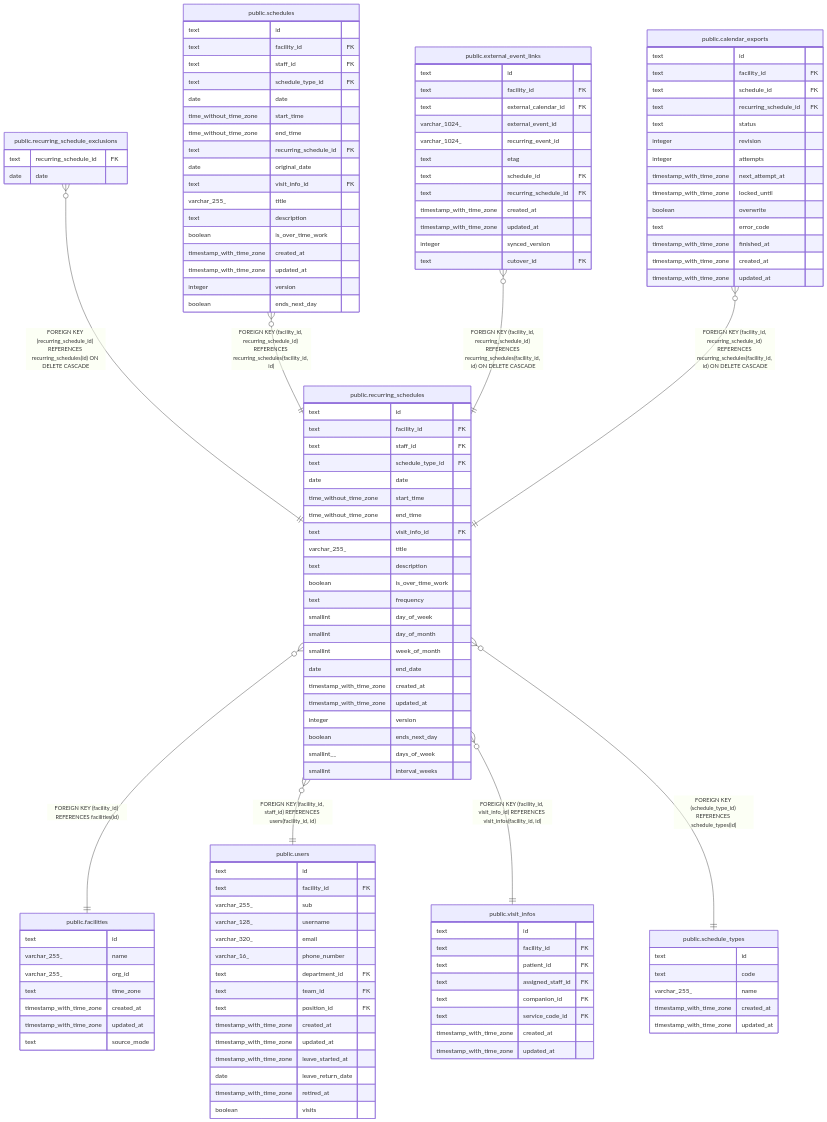
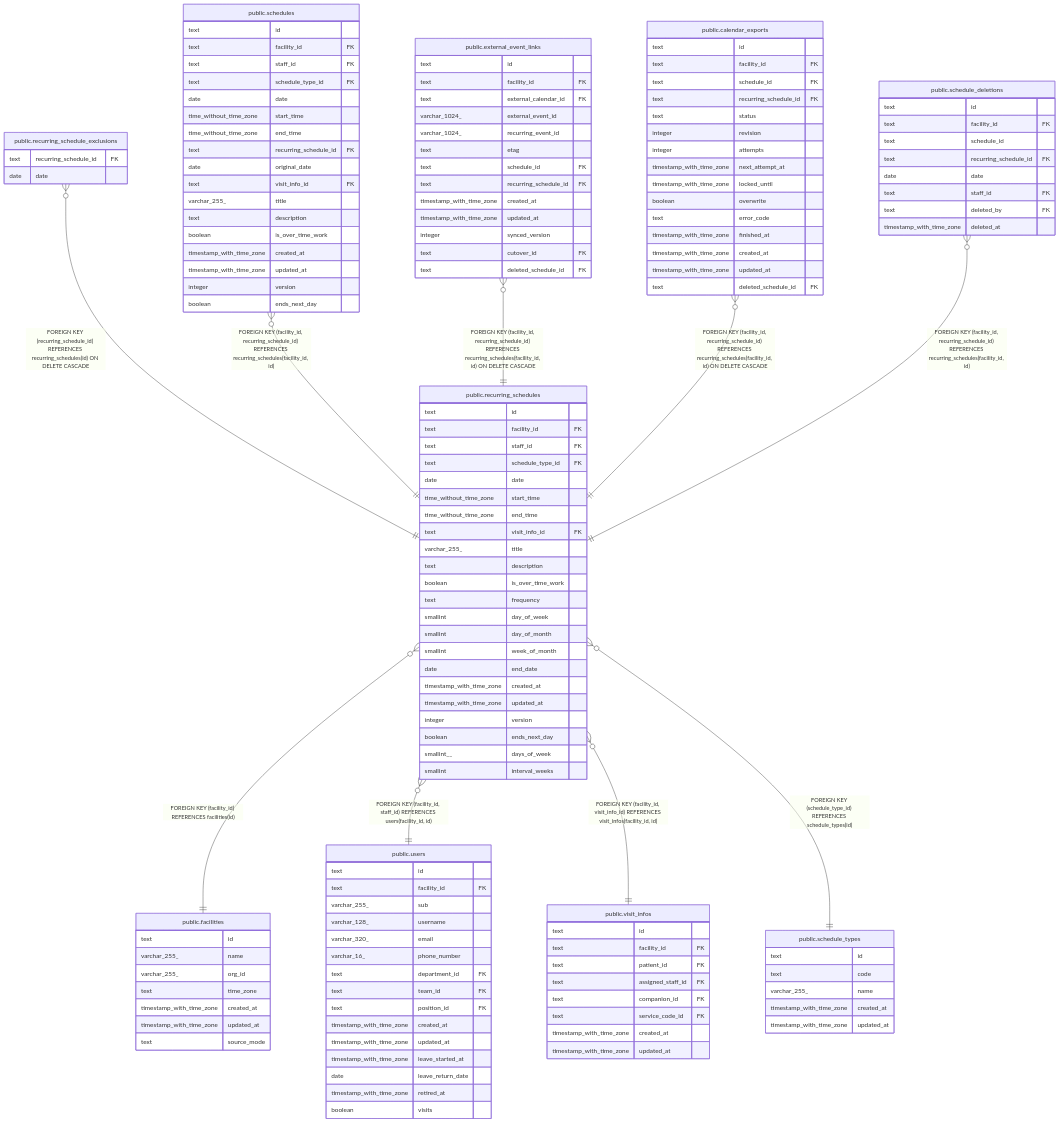
The diagram in docs/db/schedule/public.recurring_schedules.md (Fukuemon/buddy), drawn with Mermaid before and after one commit. The commit also changed other lines of this file and 22 other files, not shown here.

```diff
--- a/docs/db/schedule/public.recurring_schedules.md
+++ b/docs/db/schedule/public.recurring_schedules.md
@@ -102,6 +102,7 @@
 "public.schedules" }o--|| "public.recurring_schedules" : "FOREIGN KEY (facility_id, recurring_schedule_id) REFERENCES recurring_schedules(facility_id, id)"
 "public.external_event_links" }o--|| "public.recurring_schedules" : "FOREIGN KEY (facility_id, recurring_schedule_id) REFERENCES recurring_schedules(facility_id, id) ON DELETE CASCADE"
 "public.calendar_exports" }o--|| "public.recurring_schedules" : "FOREIGN KEY (facility_id, recurring_schedule_id) REFERENCES recurring_schedules(facility_id, id) ON DELETE CASCADE"
+"public.schedule_deletions" }o--|| "public.recurring_schedules" : "FOREIGN KEY (facility_id, recurring_schedule_id) REFERENCES recurring_schedules(facility_id, id)"
 "public.recurring_schedules" }o--|| "public.facilities" : "FOREIGN KEY (facility_id) REFERENCES facilities(id)"
 "public.recurring_schedules" }o--|| "public.users" : "FOREIGN KEY (facility_id, staff_id) REFERENCES users(facility_id, id)"
 "public.recurring_schedules" }o--|| "public.visit_infos" : "FOREIGN KEY (facility_id, visit_info_id) REFERENCES visit_infos(facility_id, id)"
@@ -167,6 +168,7 @@
   timestamp_with_time_zone updated_at
   integer synced_version
   text cutover_id FK
+  text deleted_schedule_id FK
 }
 "public.calendar_exports" {
   text id
@@ -183,6 +185,17 @@
   timestamp_with_time_zone finished_at
   timestamp_with_time_zone created_at
   timestamp_with_time_zone updated_at
+  text deleted_schedule_id FK
+}
+"public.schedule_deletions" {
+  text id
+  text facility_id FK
+  text schedule_id
+  text recurring_schedule_id FK
+  date date
+  text staff_id FK
+  text deleted_by FK
+  timestamp_with_time_zone deleted_at
 }
 "public.facilities" {
   text id
```
